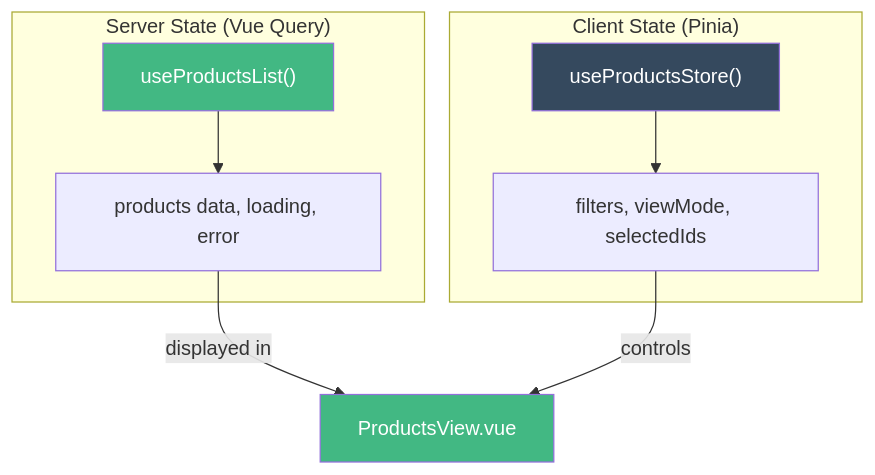
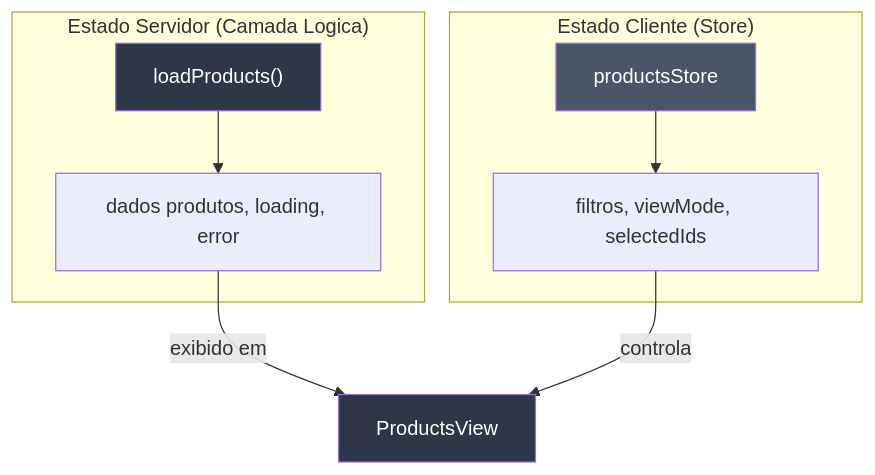
Before and after one commit to NoaiRox/specialist-agent: the third of 3 diagrams in docs/pt-BR/guide/layers.md, drawn with Mermaid. The commit also changed other lines of this file and 7 other files, not shown here.

First line of the commit message:
refactor(docs): make ARCHITECTURE.md optional and docs framework-agnostic (#60)

````diff
--- a/docs/pt-BR/guide/layers.md
+++ b/docs/pt-BR/guide/layers.md
@@ -281,21 +228,21 @@
 ```mermaid
 graph TB
-    subgraph "Server State (Vue Query)"
-        Q["useProductsList()"]
-        QD["products data, loading, error"]
+    subgraph "Estado Servidor (Camada Logica)"
+        Q["loadProducts()"]
+        QD["dados produtos, loading, error"]
         Q --> QD
     end
 
-    subgraph "Client State (Pinia)"
-        P["useProductsStore()"]
-        PD["filters, viewMode, selectedIds"]
+    subgraph "Estado Cliente (Store)"
+        P["productsStore"]
+        PD["filtros, viewMode, selectedIds"]
         P --> PD
     end
 
-    QD -->|"displayed in"| Comp["ProductsView.vue"]
-    PD -->|"controls"| Comp
+    QD -->|"exibido em"| Comp["ProductsView"]
+    PD -->|"controla"| Comp
 
-    style Q fill:#42b883,color:#fff
-    style P fill:#35495e,color:#fff
-    style Comp fill:#42b883,color:#fff
+    style Q fill:#2d3748,color:#fff
+    style P fill:#4a5568,color:#fff
+    style Comp fill:#2d3748,color:#fff
 ```
````
